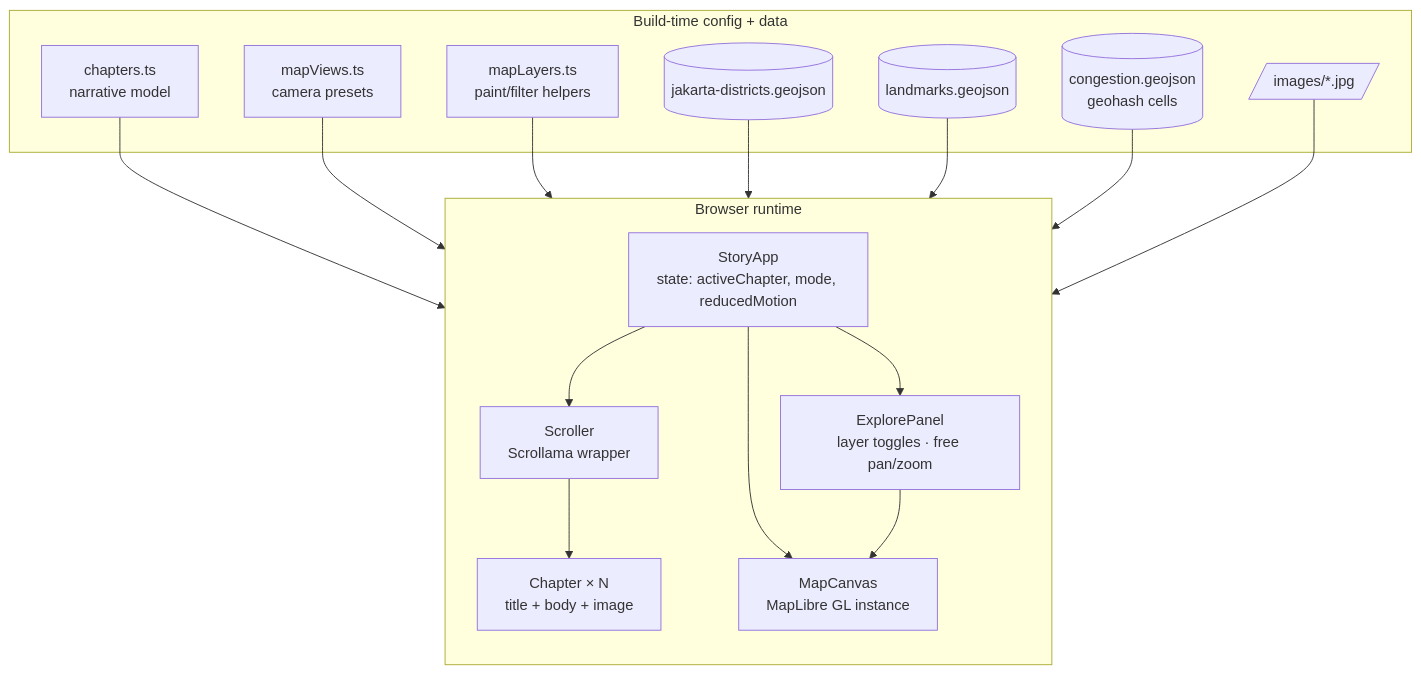
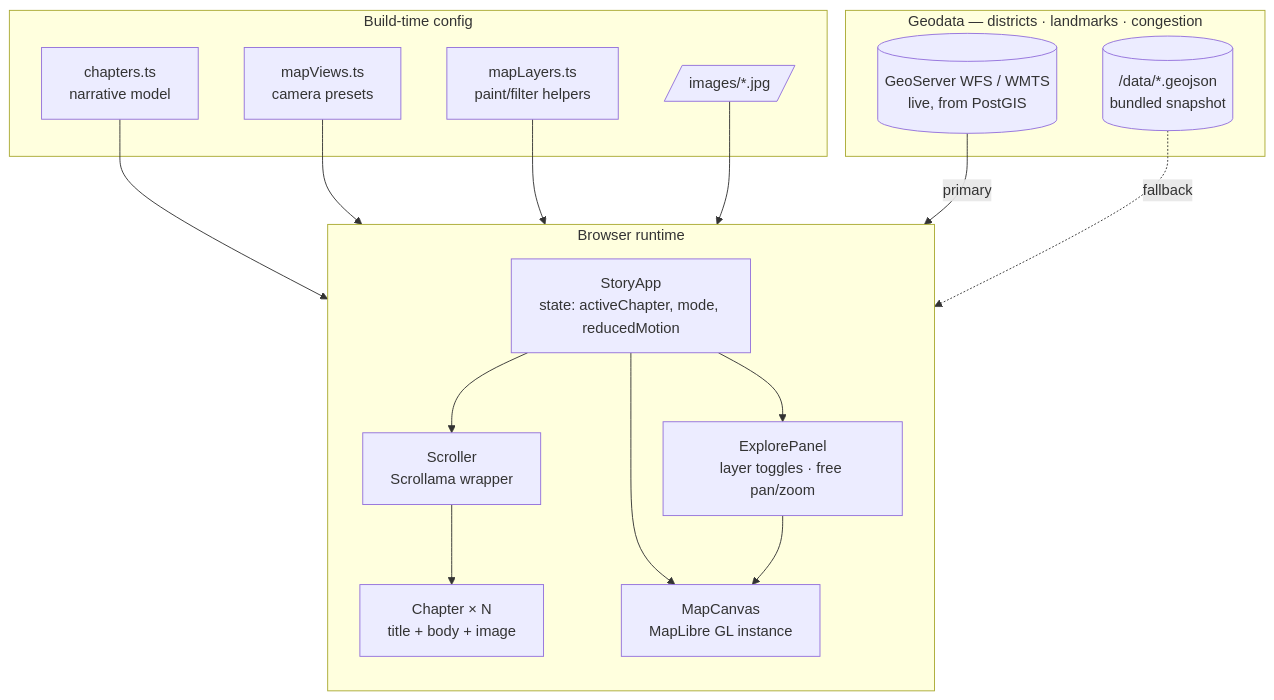
One commit to mahardisetyoso/jkt-webgis-catalyze changed the second of 11 diagrams in docs/architecture.md. Above: the diagram before and after it, drawn with Mermaid. The commit also changed other lines of this file and 5 other files, not shown here.

First line of the commit message:
docs: static frontend over a live PostGIS/GeoServer backend

````diff
--- a/docs/architecture.md
+++ b/docs/architecture.md
@@ -65,34 +74,35 @@
 ```mermaid
 flowchart TB
     subgraph browser[Browser runtime]
         direction TB
         story[StoryApp<br/>state: activeChapter, mode, reducedMotion]
         scroller[Scroller<br/>Scrollama wrapper]
         chapter[Chapter × N<br/>title + body + image]
         map[MapCanvas<br/>MapLibre GL instance]
         explore[ExplorePanel<br/>layer toggles · free pan/zoom]
         story --> scroller
         scroller --> chapter
         story --> map
         story --> explore
         explore --> map
     end
 
-    subgraph config[Build-time config + data]
+    subgraph config[Build-time config]
         chapters[chapters.ts<br/>narrative model]
         views[mapViews.ts<br/>camera presets]
         layers[mapLayers.ts<br/>paint/filter helpers]
-        districts[(jakarta-districts.geojson)]
-        landmarks[(landmarks.geojson)]
-        congestion[(congestion.geojson<br/>geohash cells)]
         images[/images/*.jpg/]
+    end
+
+    subgraph data[Geodata — districts · landmarks · congestion]
+        live[(GeoServer WFS / WMTS<br/>live, from PostGIS)]
+        snap[(/data/*.geojson<br/>bundled snapshot)]
     end
 
     chapters --> story
     views --> story
     layers --> map
-    districts --> map
-    landmarks --> map
-    congestion --> map
+    live -->|primary| map
+    snap -.->|fallback| map
     images --> chapter
 ```
````
